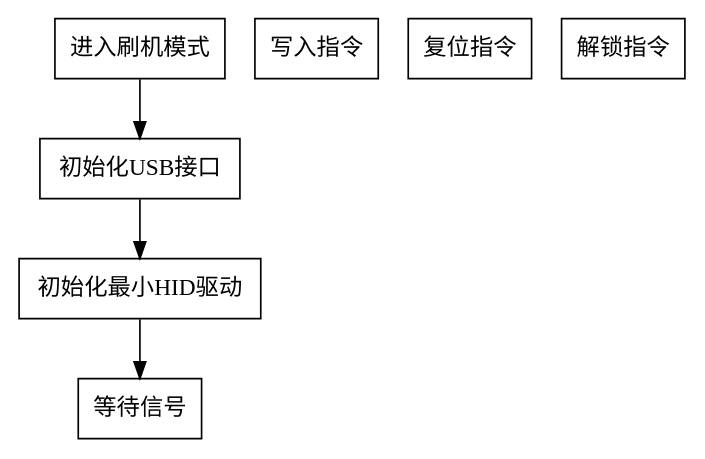
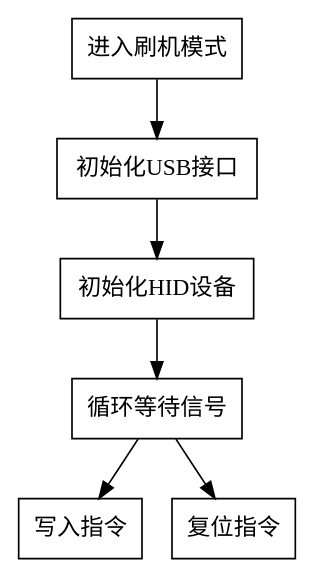
The diagram in docs/bootloader/flashmodeplot.dot (wfjsw/os-design), drawn with Graphviz before and after one commit. The commit also changed 22 other files, not shown here.

```diff
--- a/docs/bootloader/flashmodeplot.dot
+++ b/docs/bootloader/flashmodeplot.dot
@@ -1,15 +1,16 @@
 digraph {
     node [shape="box"];
 
     进入刷机模式
     初始化USB接口
-    初始化最小HID驱动
+    初始化HID设备
     
-    等待信号
+    循环等待信号
 
-    进入刷机模式 -> 初始化USB接口 -> 初始化最小HID驱动 -> 等待信号
+    进入刷机模式 -> 初始化USB接口 -> 初始化HID设备 -> 循环等待信号
 
     写入指令
     复位指令
-    解锁指令
+
+    循环等待信号 -> {写入指令,复位指令}
 }
```
